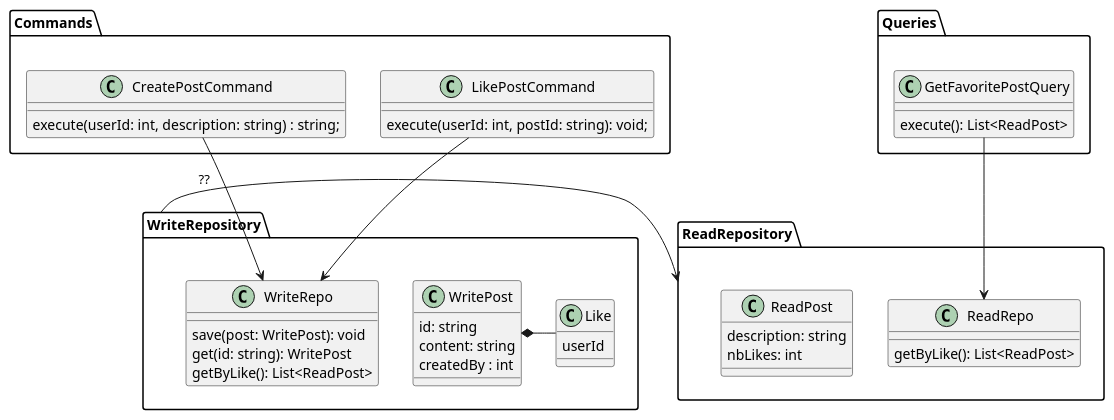
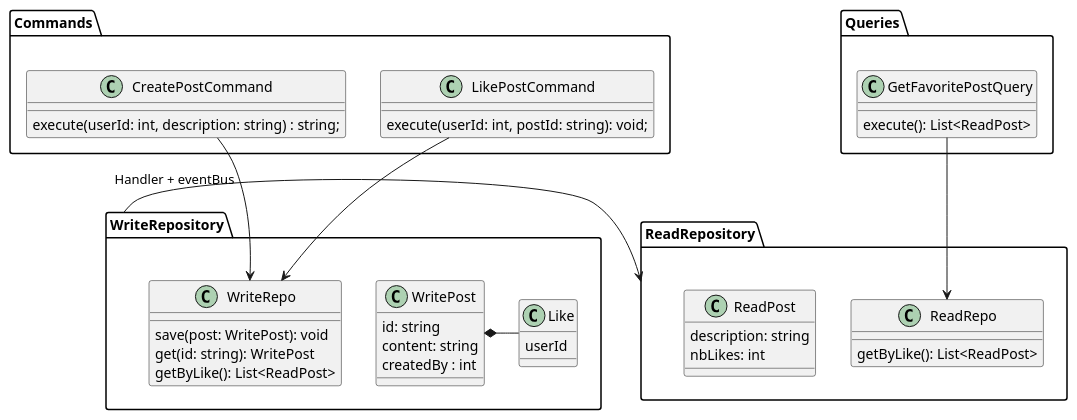
The diagram in apps/stack-flow/stack-flow.puml (yusahoraa/cqrs-es), drawn with PlantUML before and after one commit. The commit also changed 14 other files, not shown here.

```diff
--- a/apps/stack-flow/stack-flow.puml
+++ b/apps/stack-flow/stack-flow.puml
@@ -1,59 +1,59 @@
 @startuml
 'https://plantuml.com/class-diagram
 
 package Commands {
   class CreatePostCommand {
     execute(userId: int, description: string) : string;
   }
 
   class LikePostCommand {
     execute(userId: int, postId: string): void;
   }
 }
 
 package Queries {
   class GetFavoritePostQuery {
     execute(): List<ReadPost>
   }
 }
 
 package WriteRepository {
   class WriteRepo {
     save(post: WritePost): void
     get(id: string): WritePost
     getByLike(): List<ReadPost>
   }
 
   class WritePost {
     id: string
     content: string
     createdBy : int
   }
 
   class Like {
     userId
   }
 
   WritePost *- Like
 }
 
 
 package ReadRepository {
   class ReadRepo {
     getByLike(): List<ReadPost>
   }
 
   class ReadPost {
     description: string
     nbLikes: int
   }
 }
 
 CreatePostCommand --> WriteRepo
 LikePostCommand --> WriteRepo
 
 GetFavoritePostQuery --> ReadRepo
 
-WriteRepository -> ReadRepository : ??
+WriteRepository -> ReadRepository : "Handler + eventBus"
 
 @enduml
```
